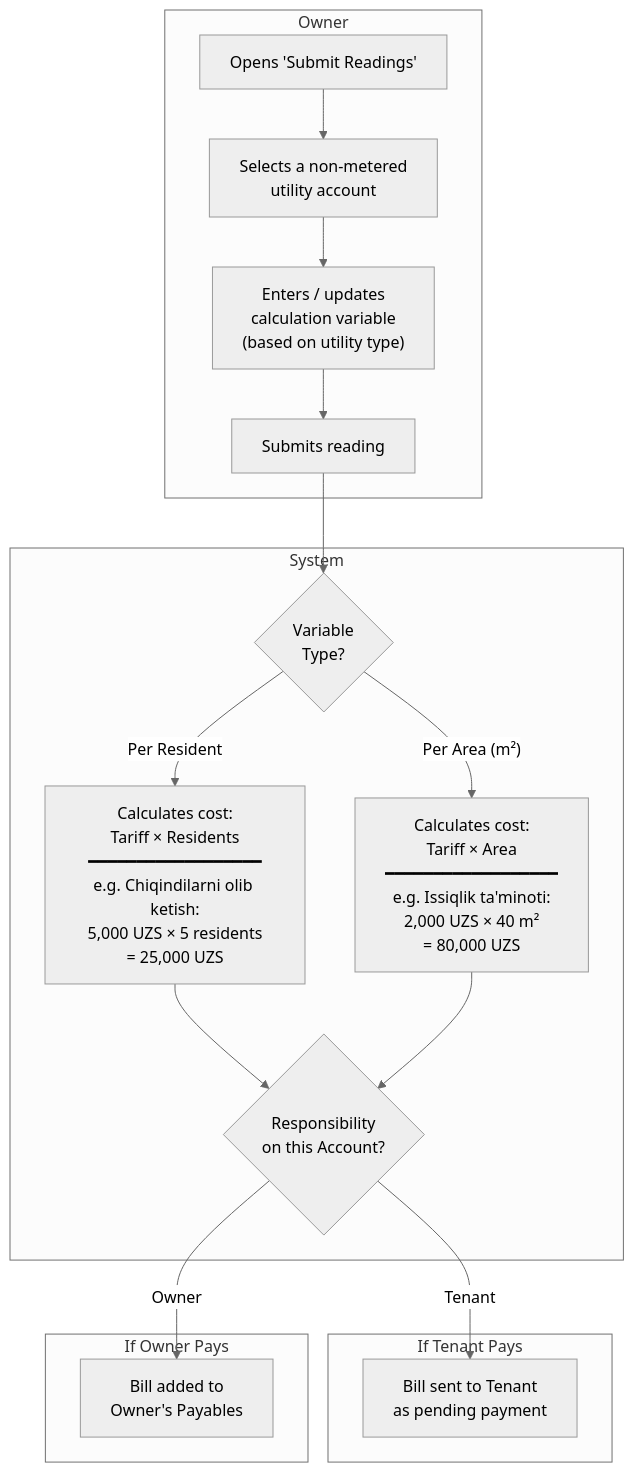
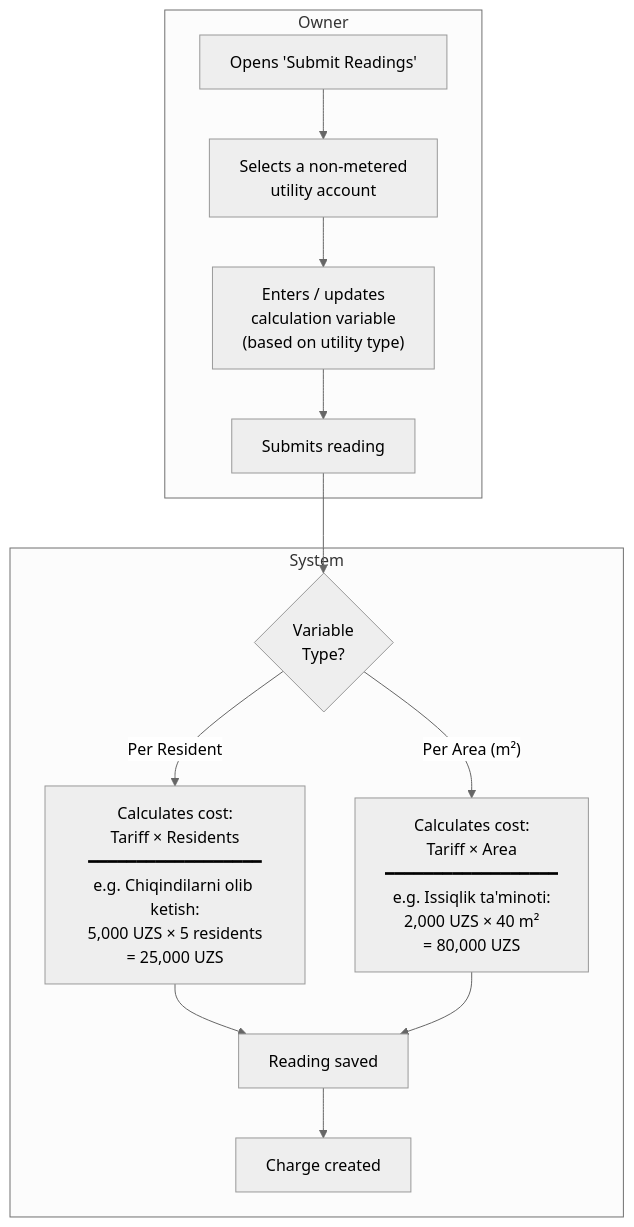
The sixth of 12 diagrams in Utilities - Business Owner.md (saodatm-dev/Utilities---Informational-Architecture), drawn with Mermaid (neutral theme) before and after one commit. The commit also changed other lines of this file and 1 other file, not shown here.

Commit message:
feat: Add BPMN diagram detailing the Utilities Owner business flow with Owner, System, and Paynet participants.

````diff
--- a/Utilities - Business Owner.md
+++ b/Utilities - Business Owner.md
@@ -194,25 +185,18 @@
 ```mermaid
 flowchart TD
     subgraph OWNER_ACTIONS ["Owner"]
         OPEN["Opens 'Submit Readings'"] --> SELECT["Selects a non-metered<br/>utility account"]
         SELECT --> INPUT["Enters / updates<br/>calculation variable<br/>(based on utility type)"]
         INPUT --> SUBMIT["Submits reading"]
     end
 
     subgraph SYSTEM_ACTIONS ["System"]
         SUBMIT --> DETERMINE{"Variable<br/>Type?"}
         DETERMINE -->|"Per Resident"| CALC_RES["Calculates cost:<br/>Tariff × Residents<br/>━━━━━━━━━━━━━━━━━━<br/>e.g. Chiqindilarni olib ketish:<br/>5,000 UZS × 5 residents<br/>= 25,000 UZS"]
         DETERMINE -->|"Per Area (m²)"| CALC_AREA["Calculates cost:<br/>Tariff × Area<br/>━━━━━━━━━━━━━━━━━━<br/>e.g. Issiqlik ta'minoti:<br/>2,000 UZS × 40 m²<br/>= 80,000 UZS"]
 
-        CALC_RES --> CHECK_RESP{"Responsibility<br/>on this Account?"}
-        CALC_AREA --> CHECK_RESP
-    end
-
-    subgraph TENANT_PATH ["If Tenant Pays"]
-        CHECK_RESP -->|"Tenant"| BILL_T["Bill sent to Tenant<br/>as pending payment"]
-    end
-
-    subgraph OWNER_PATH ["If Owner Pays"]
-        CHECK_RESP -->|"Owner"| BILL_O["Bill added to<br/>Owner's Payables"]
+        CALC_RES --> SAVED["Reading saved"]
+        CALC_AREA --> SAVED
+        SAVED --> CHARGE["Charge created"]
     end
 ```
````
